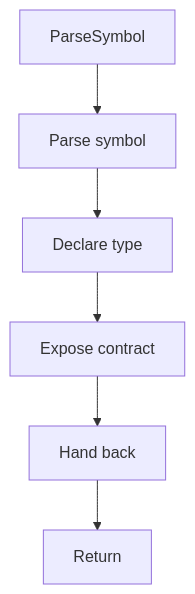
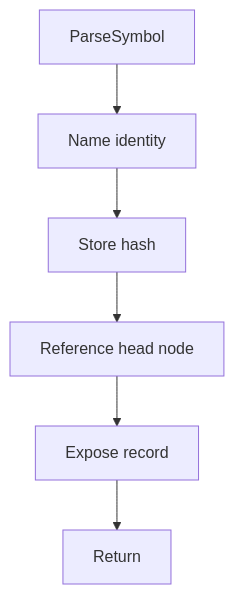
One commit to JohnAndrewBalbarosa/NeoTerritory changed the diagram in docs/Codebase/Microservice/Modules/Header/Analysis/ImplementationUse/Binding/Symbols/Flow/functions/parsesymbol.hpp.md. Above: the diagram before and after it, drawn with Mermaid. The commit also changed other lines of this file and 147 other files, not shown here.

````diff
--- a/docs/Codebase/Microservice/Modules/Header/Analysis/ImplementationUse/Binding/Symbols/Flow/functions/parsesymbol.hpp.md
+++ b/docs/Codebase/Microservice/Modules/Header/Analysis/ImplementationUse/Binding/Symbols/Flow/functions/parsesymbol.hpp.md
@@ -16,14 +25,14 @@
 ```mermaid
 flowchart TD
     Start["ParseSymbol"]
-    N0["Parse symbol"]
-    N1["Declare type"]
-    N2["Expose contract"]
-    N3["Hand back"]
+    N0["Name identity"]
+    N1["Store hash"]
+    N2["Reference head node"]
+    N3["Expose record"]
     End["Return"]
     Start --> N0
     N0 --> N1
     N1 --> N2
     N2 --> N3
     N3 --> End
 ```
````
